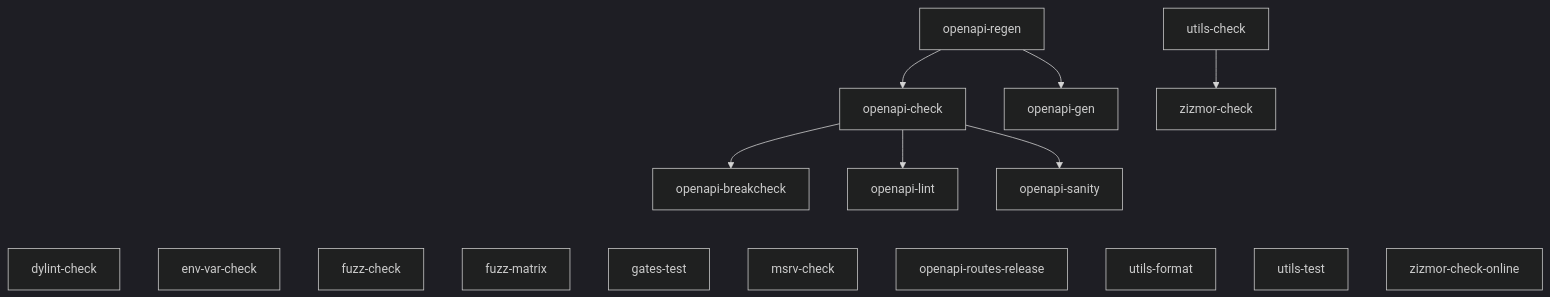
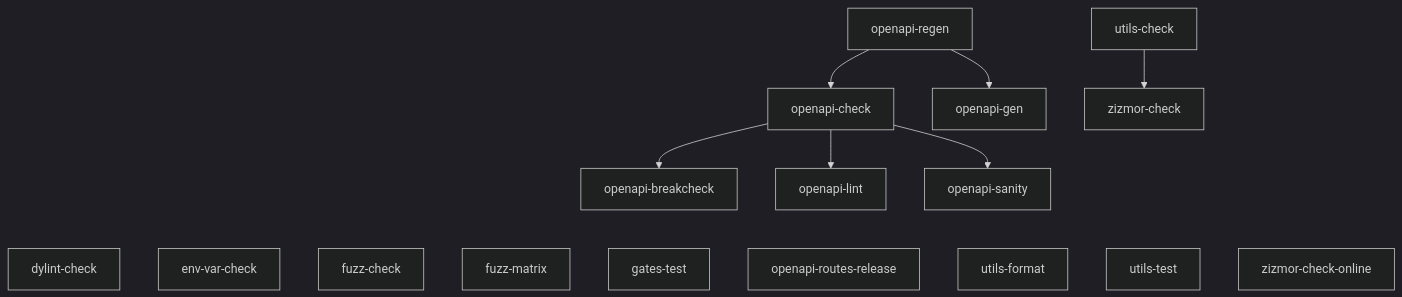
The fifth of 11 diagrams in docs/quality-gates.md (codesam88/picasu), drawn with Mermaid (dark theme) before and after one commit. The commit also changed other lines of this file and 4 other files, not shown here.

First line of the commit message:
Drop the MSRV floor check

````diff
--- a/docs/quality-gates.md
+++ b/docs/quality-gates.md
@@ -131,28 +131,27 @@
 ```mermaid
 graph TD
   dylint-check
   env-var-check
   fuzz-check
   fuzz-matrix
   gates-test
-  msrv-check
   openapi-breakcheck
   openapi-check
   openapi-gen
   openapi-lint
   openapi-regen
   openapi-routes-release
   openapi-sanity
   utils-check
   utils-format
   utils-test
   zizmor-check
   zizmor-check-online
   openapi-check --> openapi-breakcheck
   openapi-check --> openapi-lint
   openapi-check --> openapi-sanity
   openapi-regen --> openapi-check
   openapi-regen --> openapi-gen
   utils-check --> zizmor-check
-  openapi-breakcheck ~~~ dylint-check & env-var-check & fuzz-check & fuzz-matrix & gates-test & msrv-check & openapi-routes-release & utils-format & utils-test & zizmor-check-online
+  openapi-breakcheck ~~~ dylint-check & env-var-check & fuzz-check & fuzz-matrix & gates-test & openapi-routes-release & utils-format & utils-test & zizmor-check-online
 ```
````
